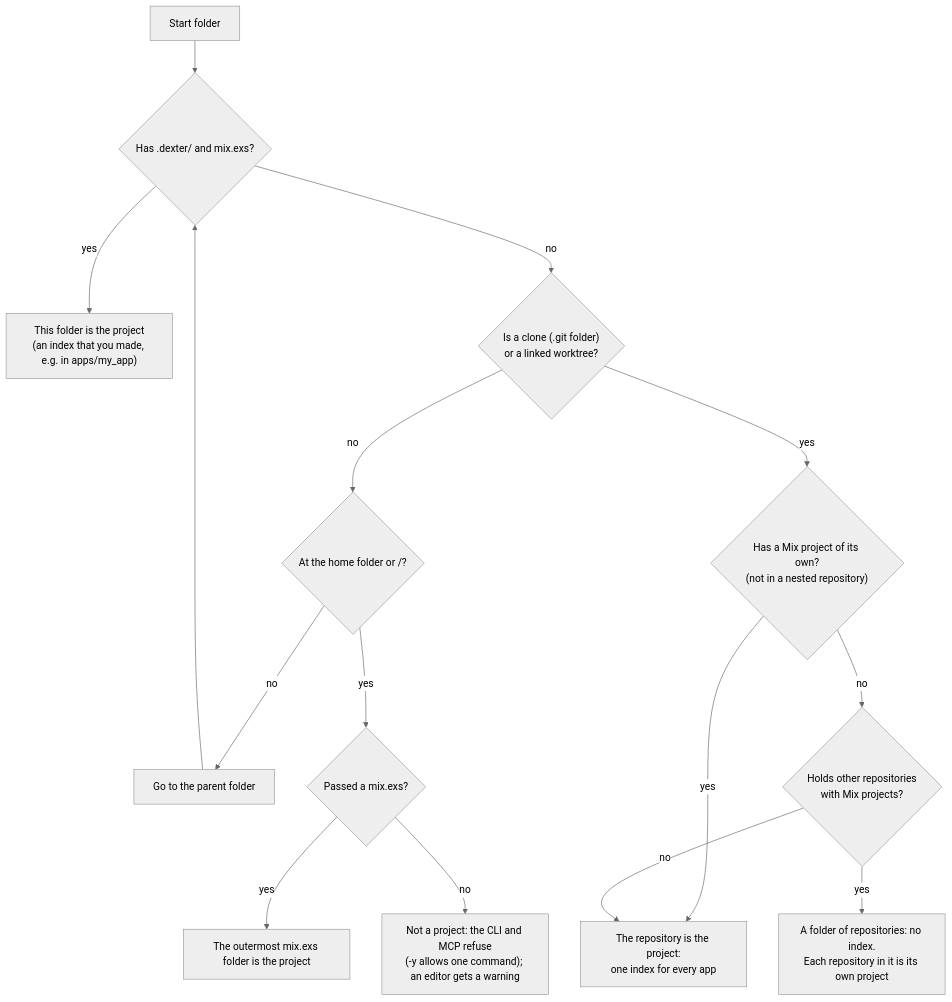
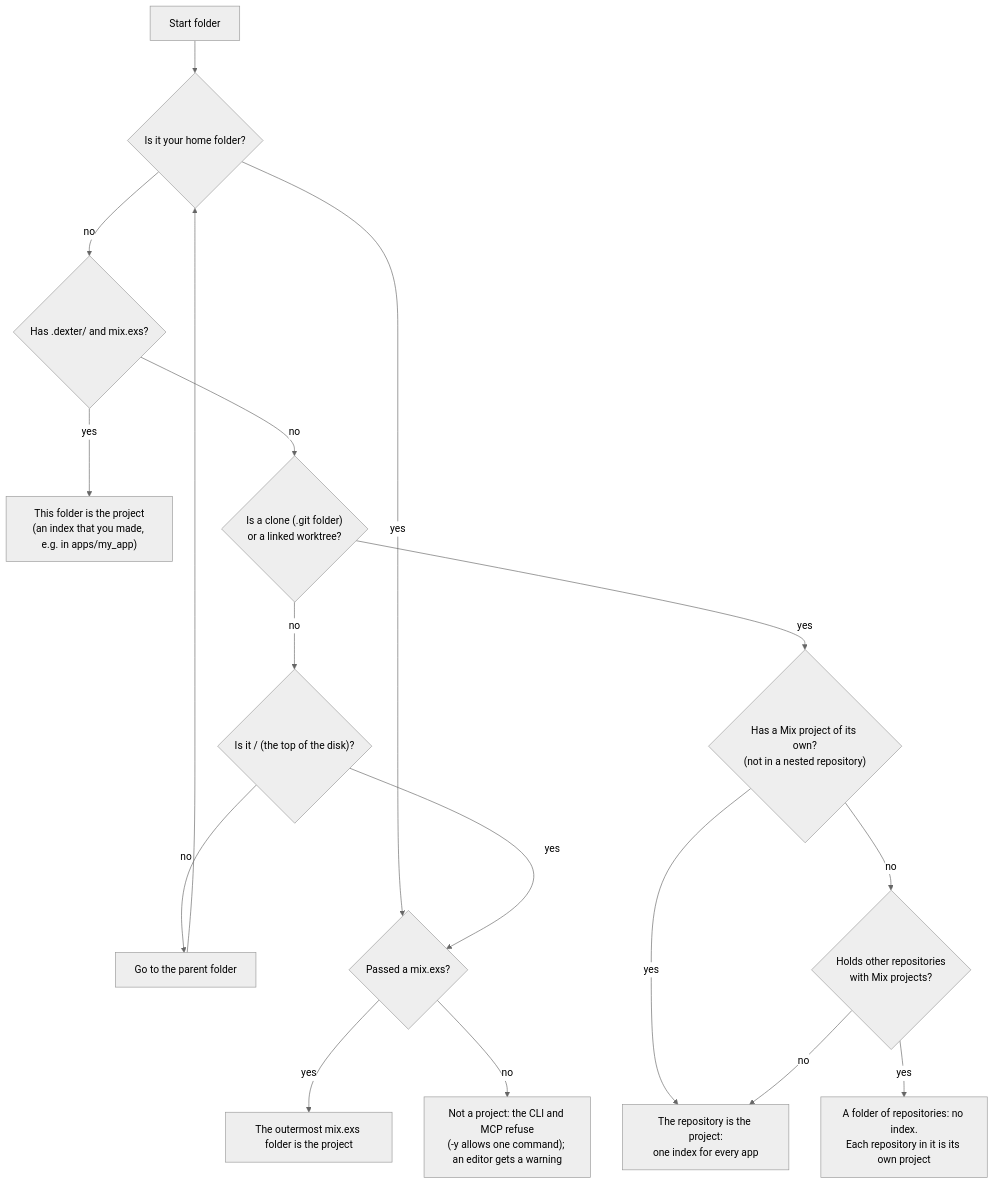
One commit to remoteoss/dexter changed the diagram in README.md. Above: the diagram before and after it, drawn with Mermaid (neutral theme). The commit also changed other lines of this file, not shown here.

Commit message:
Show in the README flowchart that the walk stops before the home folder

````diff
--- a/README.md
+++ b/README.md
@@ -650,16 +650,18 @@
 ```mermaid
 flowchart TD
-    start["Start folder"] --> index{"Has .dexter/ and mix.exs?"}
+    start["Start folder"] --> home{"Is it your home folder?"}
+    home -- no --> index{"Has .dexter/ and mix.exs?"}
     index -- yes --> app["This folder is the project<br/>(an index that you made, e.g. in apps/my_app)"]
     index -- no --> git{"Is a clone (.git folder)<br/>or a linked worktree?"}
-    git -- no --> top{"At the home folder or /?"}
-    top -- no --> up["Go to the parent folder"] --> index
-    top -- yes --> mix{"Passed a mix.exs?"}
+    git -- no --> top{"Is it / (the top of the disk)?"}
+    top -- no --> up["Go to the parent folder"] --> home
+    home -- yes --> mix{"Passed a mix.exs?"}
+    top -- yes --> mix
     mix -- yes --> outer["The outermost mix.exs folder is the project"]
     mix -- no --> none["Not a project: the CLI and MCP refuse<br/>(-y allows one command); an editor gets a warning"]
     git -- yes --> own{"Has a Mix project of its own?<br/>(not in a nested repository)"}
     own -- yes --> repo["The repository is the project:<br/>one index for every app"]
     own -- no --> holds{"Holds other repositories<br/>with Mix projects?"}
     holds -- yes --> container["A folder of repositories: no index.<br/>Each repository in it is its own project"]
     holds -- no --> repo
 ```
````
